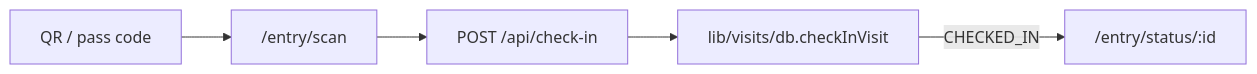
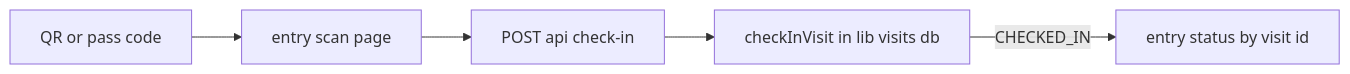
One commit to TusharChauhan09/Visitor-Management-System-assignment changed the third of 6 diagrams in README.md. Above: the diagram before and after it, drawn with Mermaid. The commit also changed other lines of this file and 14 other files, not shown here.

````diff
--- a/README.md
+++ b/README.md
@@ -127,13 +127,13 @@
 ```mermaid
 flowchart LR
-  QR["QR / pass code"]
-  ScanPage["/entry/scan"]
-  API["POST /api/check-in"]
-  DB["lib/visits/db.checkInVisit"]
-  Status["/entry/status/:id"]
+  QR["QR or pass code"]
+  ScanPage["entry scan page"]
+  API["POST api check-in"]
+  DbFn["checkInVisit in lib visits db"]
+  StatusPage["entry status by visit id"]
 
   QR --> ScanPage
   ScanPage --> API
-  API --> DB
-  DB -->|CHECKED_IN| Status
+  API --> DbFn
+  DbFn -->|CHECKED_IN| StatusPage
 ```
````
